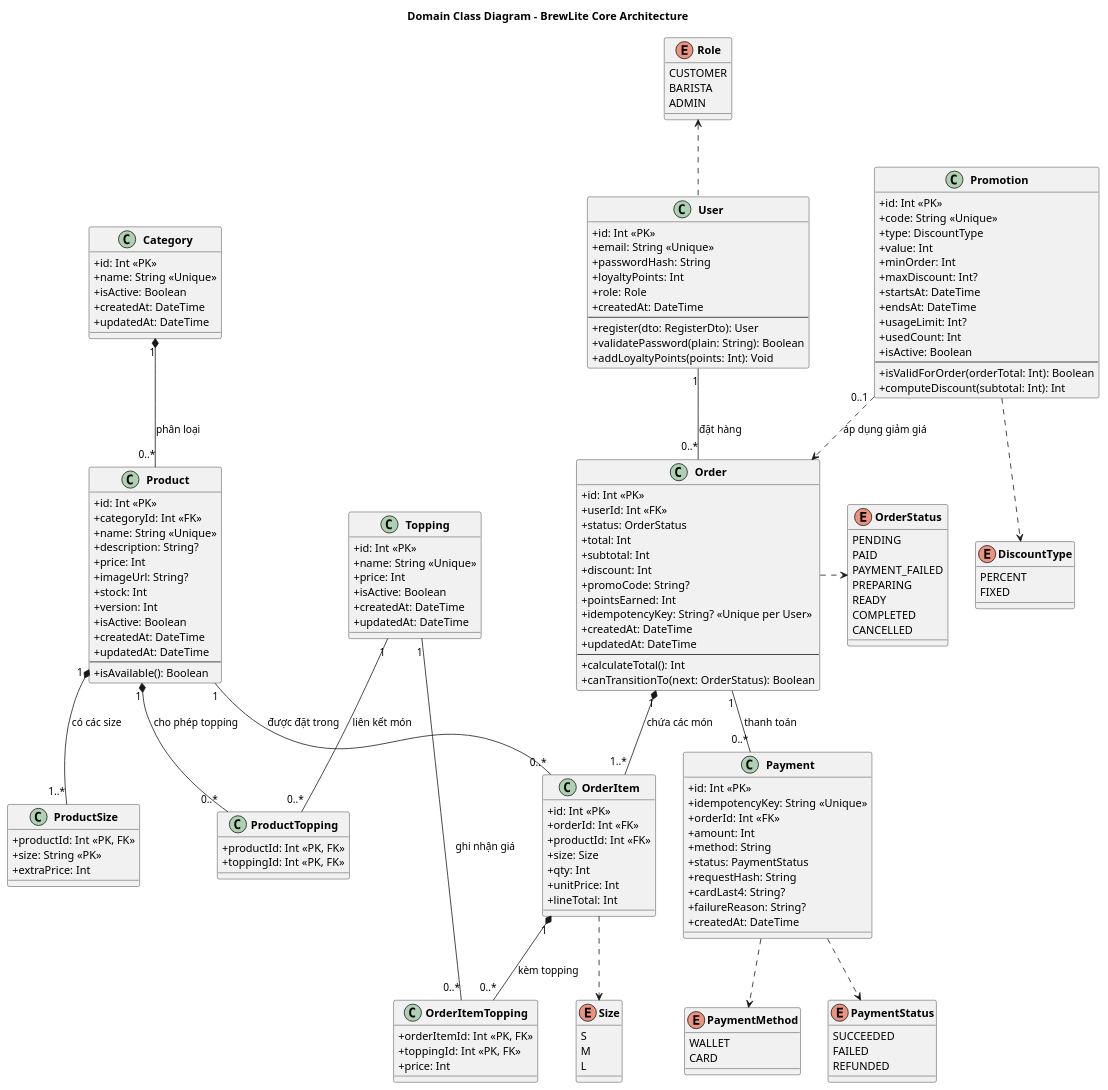
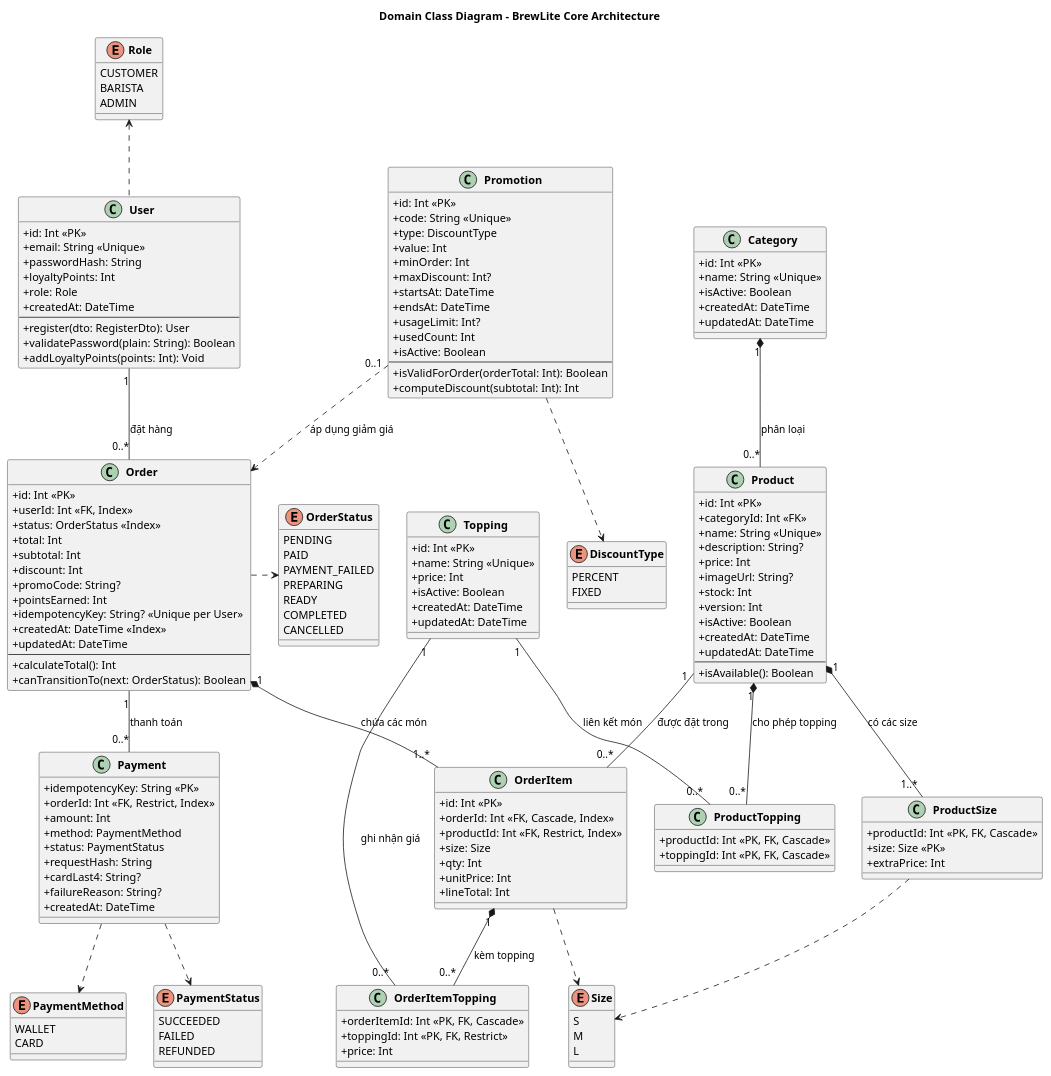
The diagram in docs/diagrams/class-domain.puml (Minh628/BrewLite), drawn with PlantUML before and after one commit. The commit also changed other lines of this file and 29 other files, not shown here.

First line of the commit message:
docs(diagrams): complete task 2 and task 5 documentation and design diagrams

```diff
--- a/docs/diagrams/class-domain.puml
+++ b/docs/diagrams/class-domain.puml
@@ -1,186 +1,186 @@
 @startuml
 title Domain Class Diagram - BrewLite Core Architecture
 skinparam classAttributeIconSize 0
 skinparam classFontStyle bold
 skinparam roundcorner 5
 skinparam shadowing false
 
 enum Role {
   CUSTOMER
   BARISTA
   ADMIN
 }
 
 enum Size {
   S
   M
   L
 }
 
 enum OrderStatus {
   PENDING
   PAID
   PAYMENT_FAILED
   PREPARING
   READY
   COMPLETED
   CANCELLED
 }
 
 enum PaymentMethod {
   WALLET
   CARD
 }
 
 enum PaymentStatus {
   SUCCEEDED
   FAILED
   REFUNDED
 }
 
 enum DiscountType {
   PERCENT
   FIXED
 }
 
 class User {
   +id: Int <<PK>>
   +email: String <<Unique>>
   +passwordHash: String
   +loyaltyPoints: Int
   +role: Role
   +createdAt: DateTime
   --
   +register(dto: RegisterDto): User
   +validatePassword(plain: String): Boolean
   +addLoyaltyPoints(points: Int): Void
 }
 
 class Category {
   +id: Int <<PK>>
   +name: String <<Unique>>
   +isActive: Boolean
   +createdAt: DateTime
   +updatedAt: DateTime
 }
 
 class Product {
   +id: Int <<PK>>
   +categoryId: Int <<FK>>
   +name: String <<Unique>>
   +description: String?
   +price: Int
   +imageUrl: String?
   +stock: Int
   +version: Int
   +isActive: Boolean
   +createdAt: DateTime
   +updatedAt: DateTime
   --
   +isAvailable(): Boolean
 }
 
 class ProductSize {
-  +productId: Int <<PK, FK>>
-  +size: String <<PK>>
+  +productId: Int <<PK, FK, Cascade>>
+  +size: Size <<PK>>
   +extraPrice: Int
 }
 
 class Topping {
   +id: Int <<PK>>
   +name: String <<Unique>>
   +price: Int
   +isActive: Boolean
   +createdAt: DateTime
   +updatedAt: DateTime
 }
 
 class ProductTopping {
-  +productId: Int <<PK, FK>>
-  +toppingId: Int <<PK, FK>>
+  +productId: Int <<PK, FK, Cascade>>
+  +toppingId: Int <<PK, FK, Cascade>>
 }
 
 class Order {
   +id: Int <<PK>>
-  +userId: Int <<FK>>
-  +status: OrderStatus
+  +userId: Int <<FK, Index>>
+  +status: OrderStatus <<Index>>
   +total: Int
   +subtotal: Int
   +discount: Int
   +promoCode: String?
   +pointsEarned: Int
   +idempotencyKey: String? <<Unique per User>>
-  +createdAt: DateTime
+  +createdAt: DateTime <<Index>>
   +updatedAt: DateTime
   --
   +calculateTotal(): Int
   +canTransitionTo(next: OrderStatus): Boolean
 }
 
 class OrderItem {
   +id: Int <<PK>>
-  +orderId: Int <<FK>>
-  +productId: Int <<FK>>
+  +orderId: Int <<FK, Cascade, Index>>
+  +productId: Int <<FK, Restrict, Index>>
   +size: Size
   +qty: Int
   +unitPrice: Int
   +lineTotal: Int
 }
 
 class OrderItemTopping {
-  +orderItemId: Int <<PK, FK>>
-  +toppingId: Int <<PK, FK>>
+  +orderItemId: Int <<PK, FK, Cascade>>
+  +toppingId: Int <<PK, FK, Restrict>>
   +price: Int
 }
 
 class Payment {
-  +id: Int <<PK>>
-  +idempotencyKey: String <<Unique>>
-  +orderId: Int <<FK>>
+  +idempotencyKey: String <<PK>>
+  +orderId: Int <<FK, Restrict, Index>>
   +amount: Int
-  +method: String
+  +method: PaymentMethod
   +status: PaymentStatus
   +requestHash: String
   +cardLast4: String?
   +failureReason: String?
   +createdAt: DateTime
 }
 
 class Promotion {
   +id: Int <<PK>>
   +code: String <<Unique>>
   +type: DiscountType
   +value: Int
   +minOrder: Int
   +maxDiscount: Int?
   +startsAt: DateTime
   +endsAt: DateTime
   +usageLimit: Int?
   +usedCount: Int
   +isActive: Boolean
   --
   +isValidForOrder(orderTotal: Int): Boolean
   +computeDiscount(subtotal: Int): Int
 }
 
 ' Entity Relationships
 Category "1" *-- "0..*" Product : phân loại
 Product "1" *-- "1..*" ProductSize : có các size
 Product "1" *-- "0..*" ProductTopping : cho phép topping
 Topping "1" -- "0..*" ProductTopping : liên kết món
 User "1" -- "0..*" Order : đặt hàng
 Order "1" *-- "1..*" OrderItem : chứa các món
 Product "1" -- "0..*" OrderItem : được đặt trong
 OrderItem "1" *-- "0..*" OrderItemTopping : kèm topping
 Topping "1" -- "0..*" OrderItemTopping : ghi nhận giá
 Order "1" -- "0..*" Payment : thanh toán
 Promotion "0..1" ..> Order : áp dụng giảm giá
 
 ' Enum Usages
 User .up.> Role
 Order .right.> OrderStatus
+ProductSize .down.> Size
 OrderItem .down.> Size
 Payment .down.> PaymentStatus
 Payment .down.> PaymentMethod
 Promotion .down.> DiscountType
 @enduml
```
